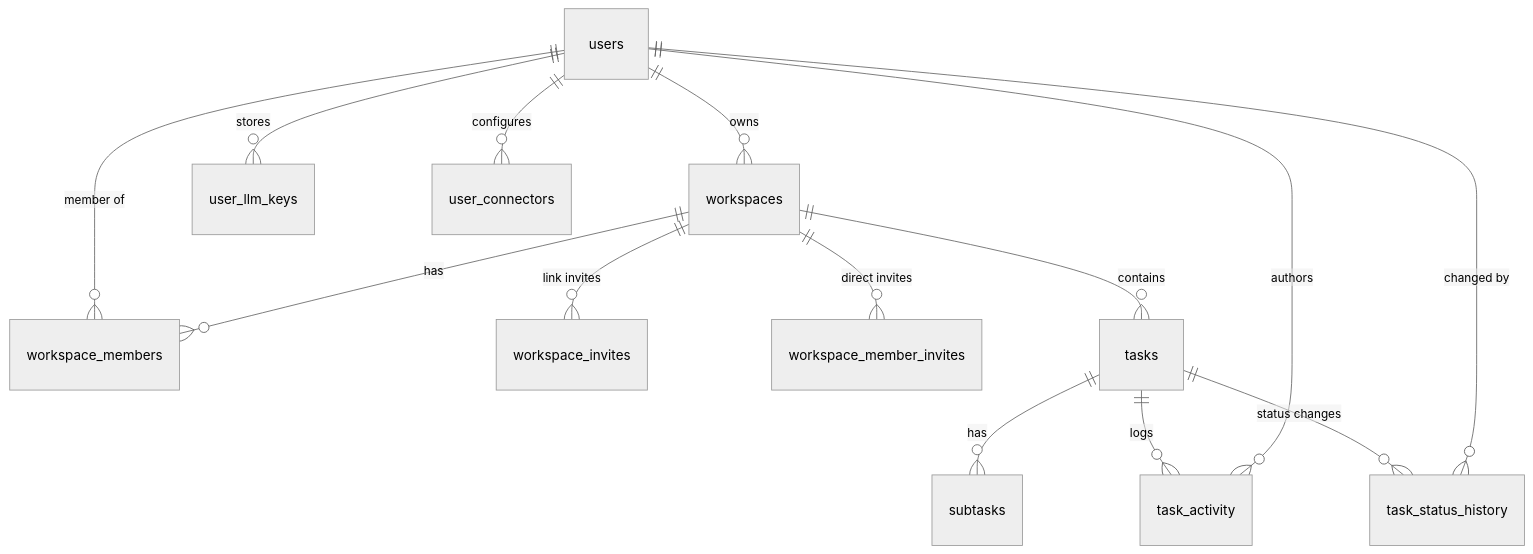
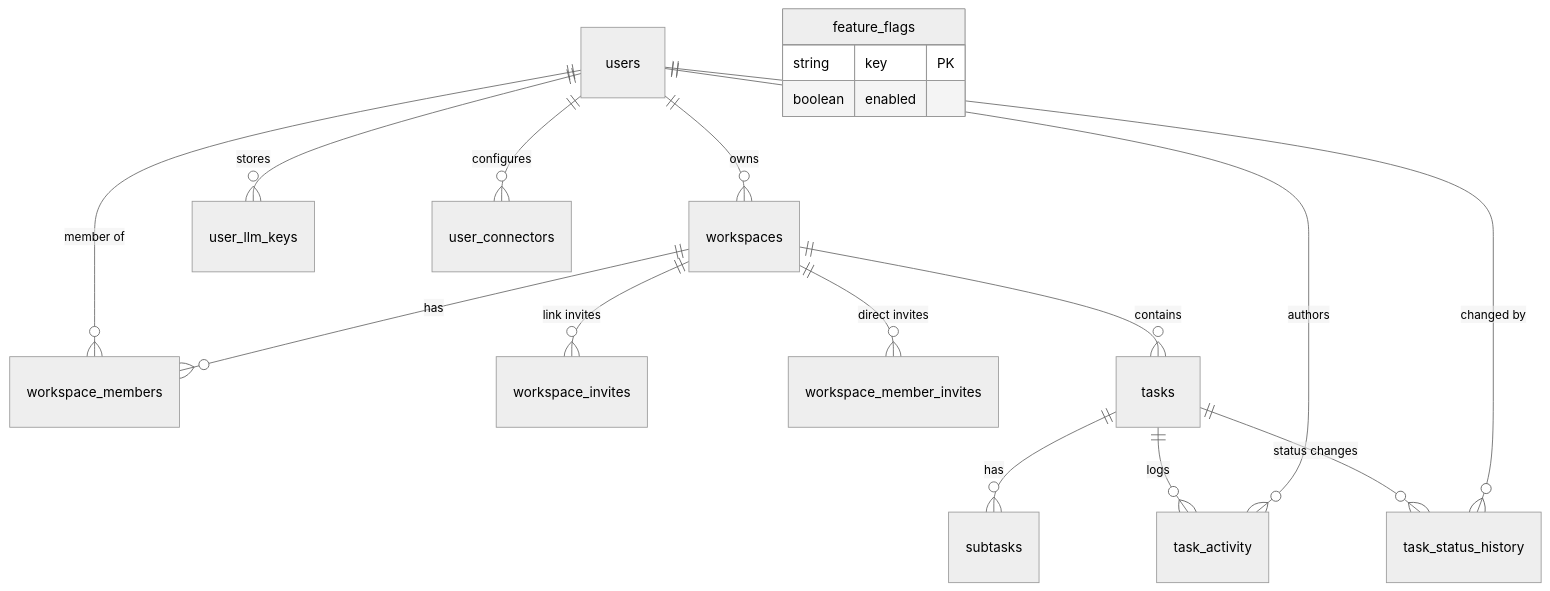
The first of 3 diagrams in README.md (Shadowgraph-1/project-K), drawn with Mermaid (neutral theme) before and after one commit. The commit also changed other lines of this file, not shown here.

Commit message:
docs: актуализирован README (telegram, feature flags, argon2)

````diff
--- a/README.md
+++ b/README.md
@@ -199,16 +199,20 @@
 ```mermaid
 erDiagram
   users ||--o{ workspaces : owns
   users ||--o{ workspace_members : "member of"
   workspaces ||--o{ workspace_members : has
   workspaces ||--o{ workspace_invites : "link invites"
   workspaces ||--o{ workspace_member_invites : "direct invites"
   workspaces ||--o{ tasks : contains
   tasks ||--o{ subtasks : has
   tasks ||--o{ task_activity : logs
   tasks ||--o{ task_status_history : "status changes"
   users ||--o{ task_activity : authors
   users ||--o{ task_status_history : "changed by"
   users ||--o{ user_llm_keys : stores
   users ||--o{ user_connectors : configures
+  feature_flags {
+    string key PK
+    boolean enabled
+  }
 ```
````
